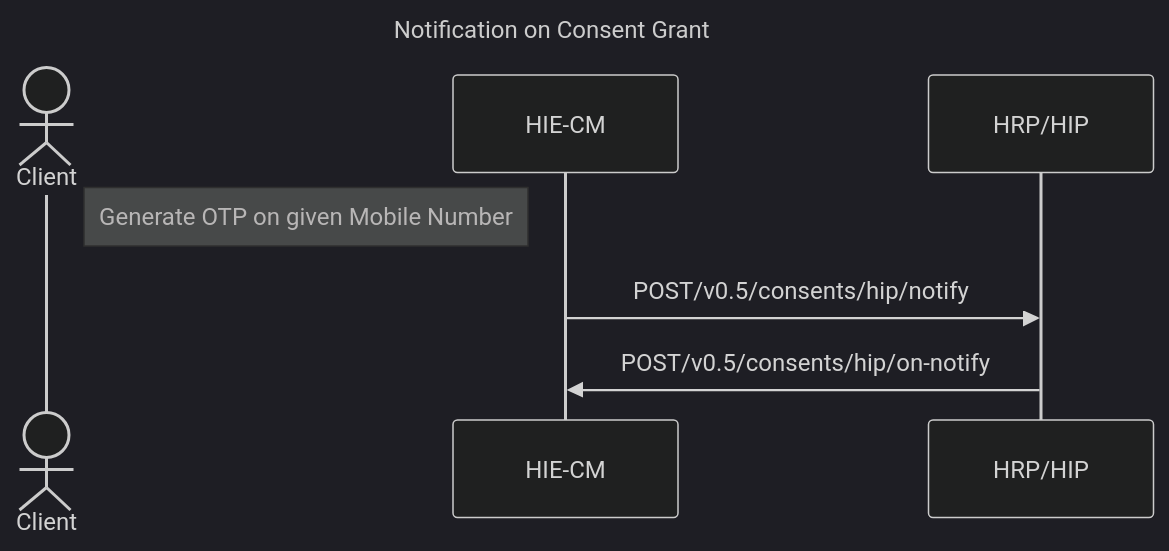
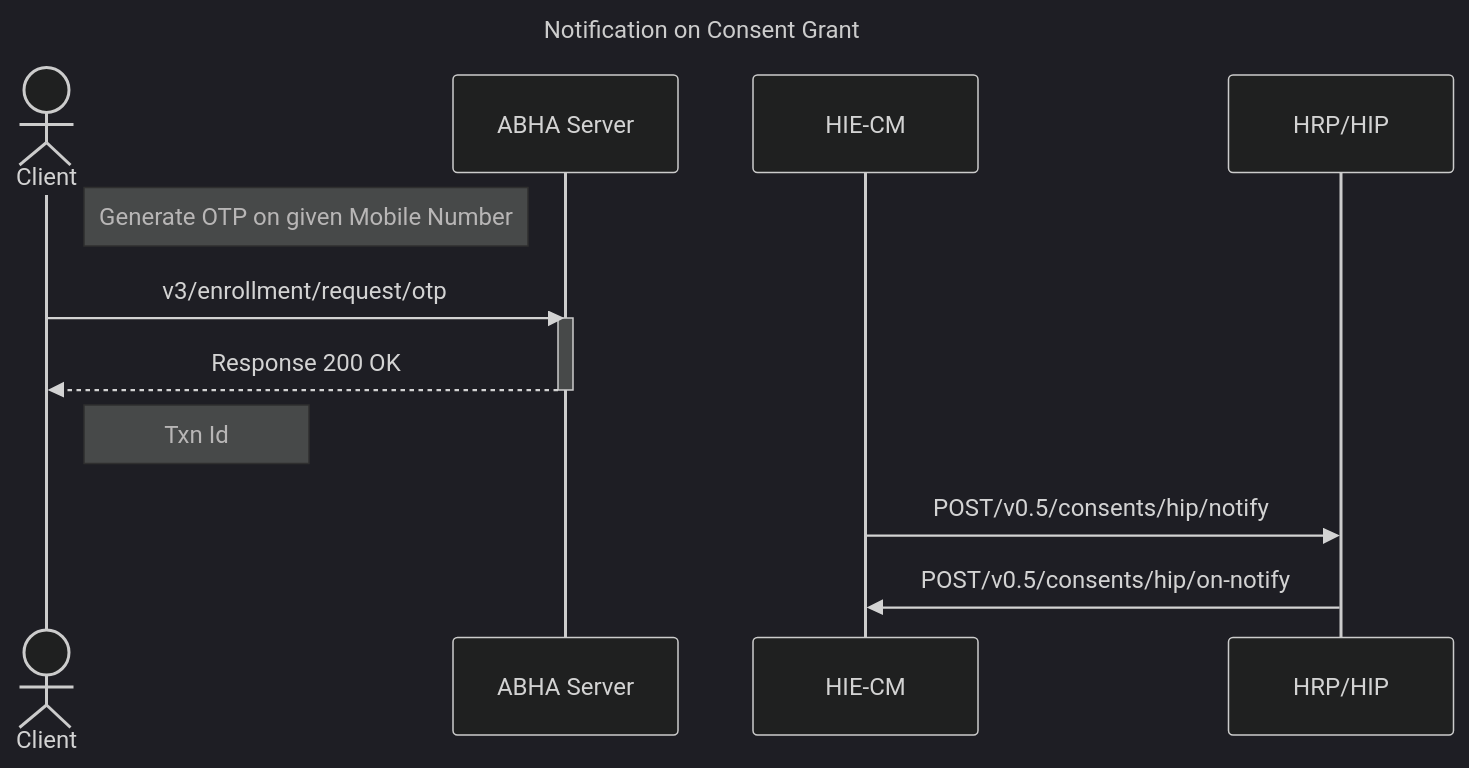
Before and after one commit to kiranma72/abdm-docs: the diagram in content/2-milestone1/abha-number/TEST-driving-license.md, drawn with Mermaid (dark theme).

Commit message:
test driving licence commit 8

```diff
--- a/content/2-milestone1/abha-number/TEST-driving-license.md
+++ b/content/2-milestone1/abha-number/TEST-driving-license.md
@@ -84,8 +84,13 @@
 {{< mermaid >}}
 sequenceDiagram
 title Notification on Consent Grant
 actor Client
 Note right of Client: Generate OTP on given Mobile Number
+Client->>ABHA Server:v3/enrollment/request/otp
+activate ABHA Server
+ABHA Server-->> Client: Response 200 OK
+deactivate ABHA Server
+Note right of Client: Txn Id
 HIE-CM->>HRP/HIP: POST/v0.5/consents/hip/notify
 HRP/HIP->>HIE-CM: POST/v0.5/consents/hip/on-notify
 {{< /mermaid >}}
```
